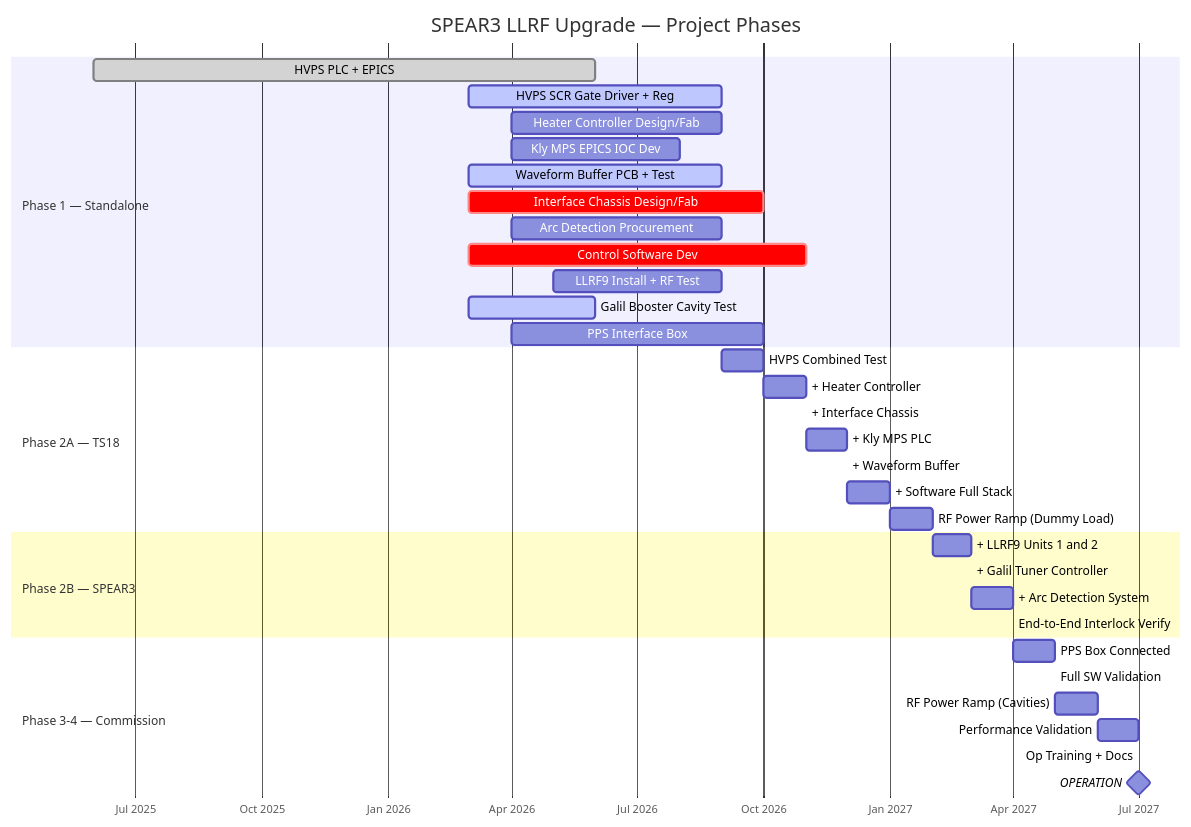
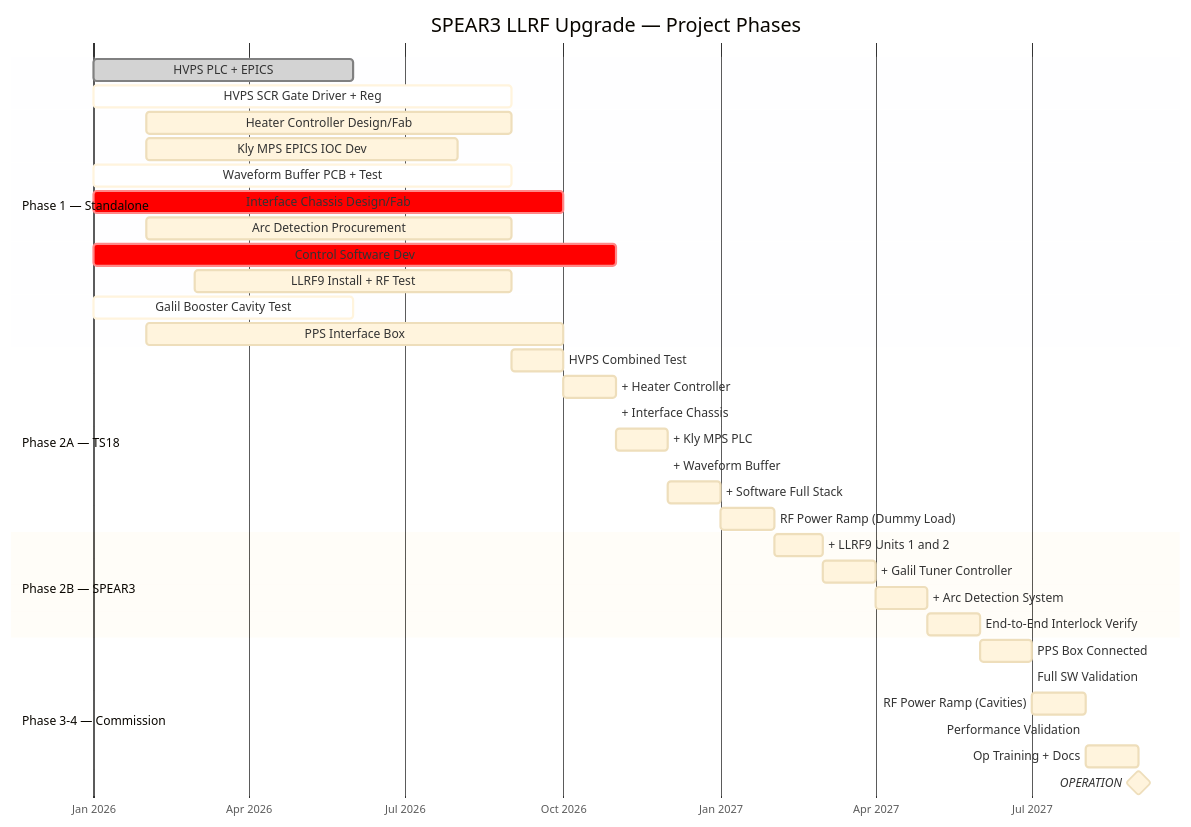
The first of 10 diagrams in Designs/ProjectPath_Diagrams.md (fayaw/spearlegacyLLRF), drawn with Mermaid before and after one commit. The commit also changed other lines of this file, not shown here.

First line of the commit message:
Improve project path diagrams: fix colors, timeline, and font sizes

````diff
--- a/Designs/ProjectPath_Diagrams.md
+++ b/Designs/ProjectPath_Diagrams.md
@@ -16,42 +16,43 @@
 ```mermaid
+%%{init: {'theme':'base', 'themeVariables': {'fontSize': '16px'}}}%%
 gantt
     title SPEAR3 LLRF Upgrade — Project Phases
     dateFormat YYYY-MM
     axisFormat %b %Y
 
     section Phase 1 — Standalone
-    HVPS PLC + EPICS             :done,    hvps1, 2025-06, 2026-06
-    HVPS SCR Gate Driver + Reg   :active,  hvps2, 2026-03, 2026-09
-    Heater Controller Design/Fab :         htr,   2026-04, 2026-09
-    Kly MPS EPICS IOC Dev        :         mps,   2026-04, 2026-08
-    Waveform Buffer PCB + Test   :active,  wfb,   2026-03, 2026-09
-    Interface Chassis Design/Fab :crit,    ic,    2026-03, 2026-10
-    Arc Detection Procurement    :         arc,   2026-04, 2026-09
-    Control Software Dev         :crit,    sw,    2026-03, 2026-11
-    LLRF9 Install + RF Test      :         llrf,  2026-05, 2026-09
-    Galil Booster Cavity Test    :active,  gal,   2026-03, 2026-06
-    PPS Interface Box            :         pps,   2026-04, 2026-10
+    HVPS PLC + EPICS             :done,    hvps1, 2026-01, 2026-06
+    HVPS SCR Gate Driver + Reg   :active,  hvps2, 2026-01, 2026-09
+    Heater Controller Design/Fab :         htr,   2026-02, 2026-09
+    Kly MPS EPICS IOC Dev        :         mps,   2026-02, 2026-08
+    Waveform Buffer PCB + Test   :active,  wfb,   2026-01, 2026-09
+    Interface Chassis Design/Fab :crit,    ic,    2026-01, 2026-10
+    Arc Detection Procurement    :         arc,   2026-02, 2026-09
+    Control Software Dev         :crit,    sw,    2026-01, 2026-11
+    LLRF9 Install + RF Test      :         llrf,  2026-03, 2026-09
+    Galil Booster Cavity Test    :active,  gal,   2026-01, 2026-06
+    PPS Interface Box            :         pps,   2026-02, 2026-10
 
     section Phase 2A — TS18
     HVPS Combined Test           :         ts1,  after hvps1 hvps2, 2026-10
     + Heater Controller          :         ts2,  after ts1 htr, 2026-11
     + Interface Chassis          :         ts3,  after ts2 ic, 2026-11
     + Kly MPS PLC                :         ts4,  after ts3 mps, 2026-12
     + Waveform Buffer            :         ts5,  after ts4 wfb, 2026-12
     + Software Full Stack        :         ts6,  after ts5 sw, 2027-01
     RF Power Ramp (Dummy Load)   :         ts7,  after ts6, 2027-02
 
     section Phase 2B — SPEAR3
     + LLRF9 Units 1 and 2        :         sp1,  after ts7 llrf, 2027-03
-    + Galil Tuner Controller     :         sp2,  after sp1 gal, 2027-03
-    + Arc Detection System       :         sp3,  after sp2 arc, 2027-04
-    End-to-End Interlock Verify  :         sp4,  after sp3, 2027-04
+    + Galil Tuner Controller     :         sp2,  after sp1 gal, 2027-04
+    + Arc Detection System       :         sp3,  after sp2 arc, 2027-05
+    End-to-End Interlock Verify  :         sp4,  after sp3, 2027-06
 
     section Phase 3-4 — Commission
-    PPS Box Connected            :         fc1,  after sp4 pps, 2027-05
-    Full SW Validation           :         fc2,  after fc1, 2027-05
-    RF Power Ramp (Cavities)     :         fc3,  after fc2, 2027-06
-    Performance Validation       :         fc4,  after fc3, 2027-07
-    Op Training + Docs           :         fc5,  after fc4, 2027-07
+    PPS Box Connected            :         fc1,  after sp4 pps, 2027-07
+    Full SW Validation           :         fc2,  after fc1, 2027-07
+    RF Power Ramp (Cavities)     :         fc3,  after fc2, 2027-08
+    Performance Validation       :         fc4,  after fc3, 2027-08
+    Op Training + Docs           :         fc5,  after fc4, 2027-09
     OPERATION                    :milestone, op, after fc5, 0d
 ```
````
